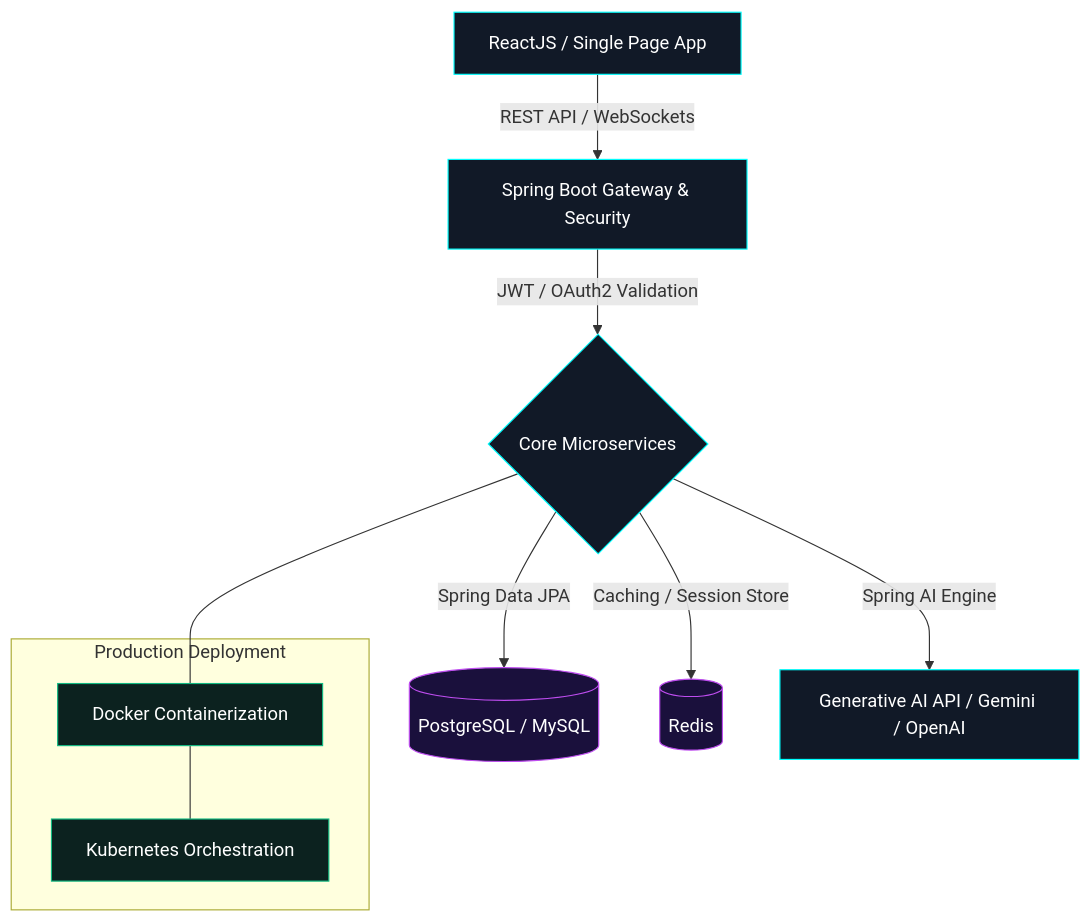
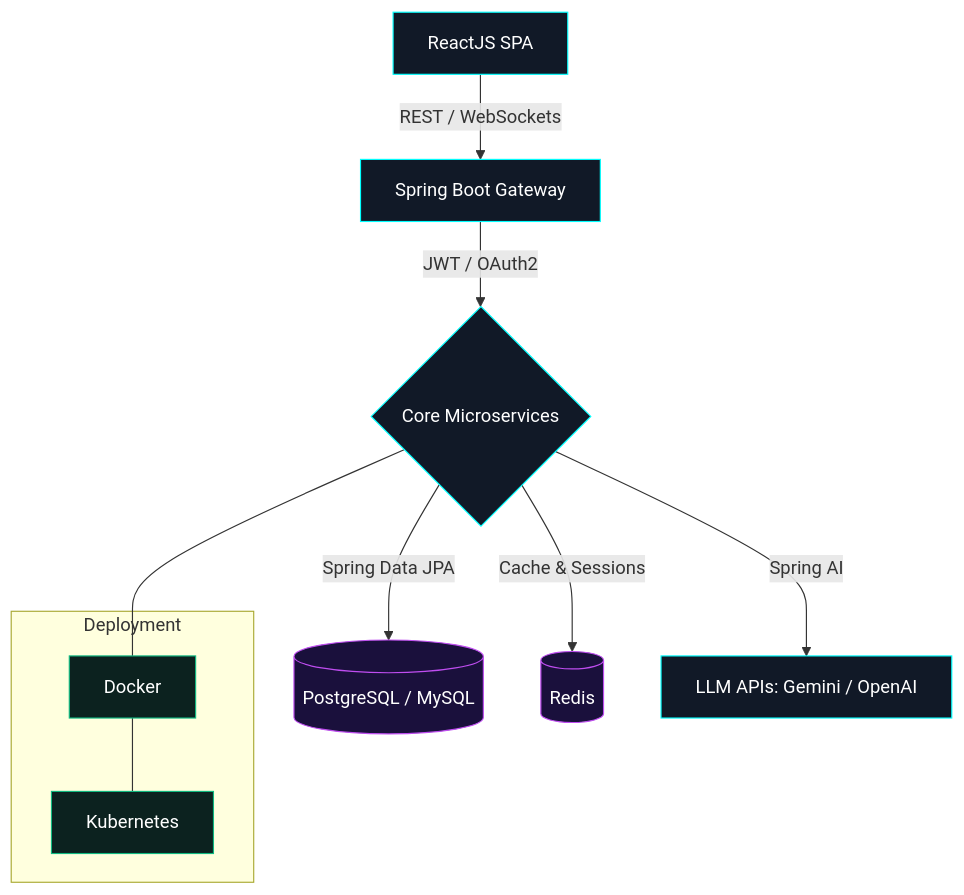
The diagram in README.md (ishanmaharwade/ishanmaharwade), drawn with Mermaid before and after one commit. The commit also changed other lines of this file, not shown here.

````diff
--- a/README.md
+++ b/README.md
@@ -32,22 +40,21 @@
 ```mermaid
 graph TD
-  A[ReactJS / Single Page App] -->|REST API / WebSockets| B[Spring Boot Gateway & Security]
-  B -->|JWT / OAuth2 Validation| C{Core Microservices}
-  
+  A[ReactJS SPA] -->|REST / WebSockets| B[Spring Boot Gateway]
+  B -->|JWT / OAuth2| C{Core Microservices}
   C -->|Spring Data JPA| D[(PostgreSQL / MySQL)]
-  C -->|Caching / Session Store| E[(Redis)]
-  C -->|Spring AI Engine| F[Generative AI API / Gemini / OpenAI]
-  
-  subgraph Production Deployment
-    G[Docker Containerization] --- H[Kubernetes Orchestration]
+  C -->|Cache & Sessions| E[(Redis)]
+  C -->|Spring AI| F[LLM APIs: Gemini / OpenAI]
+
+  subgraph Deployment
+    G[Docker] --- H[Kubernetes]
   end
   C --- G
 
   classDef default fill:#111927,stroke:#00FFFF,stroke-width:1px,color:#fff;
   classDef database fill:#1a103c,stroke:#bf4df0,stroke-width:1px,color:#fff;
   classDef outer fill:#0c221f,stroke:#10b981,stroke-width:1px,color:#fff;
-  
+
   class A,B,C,F default;
   class D,E database;
   class G,H outer;
 ```
````
